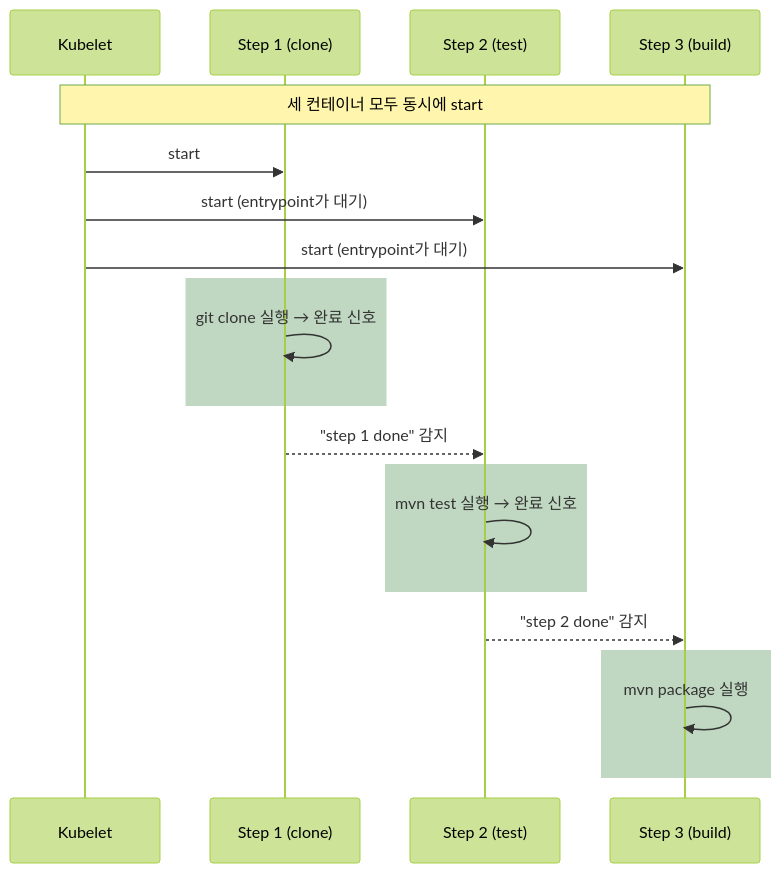
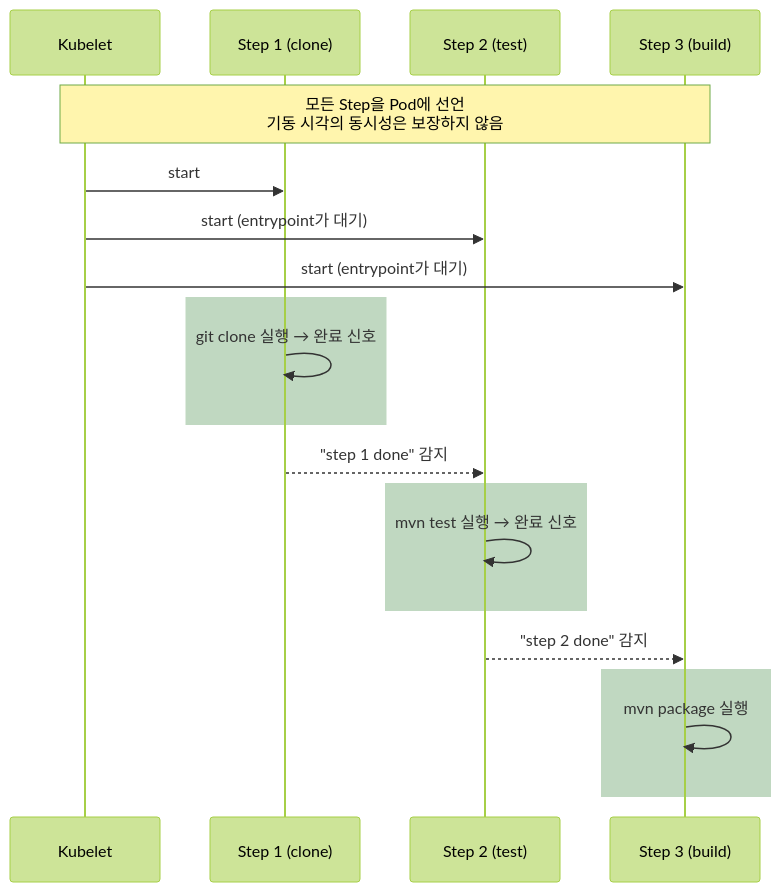
Before and after one commit to sskim91/TIL: the second of 3 diagrams in kubernetes/Tekton의-Pipeline과-PipelineRun은-왜-따로-존재할까.md, drawn with Mermaid (forest theme). The commit also changed other lines of this file and 39 other files, not shown here.

````diff
--- a/kubernetes/Tekton의-Pipeline과-PipelineRun은-왜-따로-존재할까.md
+++ b/kubernetes/Tekton의-Pipeline과-PipelineRun은-왜-따로-존재할까.md
@@ -190,24 +212,24 @@
 ```mermaid
 sequenceDiagram
     participant K as Kubelet
     participant C1 as Step 1 (clone)
     participant C2 as Step 2 (test)
     participant C3 as Step 3 (build)
 
-    Note over K,C3: 세 컨테이너 모두 동시에 start
+    Note over K,C3: 모든 Step을 Pod에 선언<br>기동 시각의 동시성은 보장하지 않음
     K->>C1: start
     K->>C2: start (entrypoint가 대기)
     K->>C3: start (entrypoint가 대기)
 
     rect rgba(46, 125, 50, 0.3)
         C1->>C1: git clone 실행 → 완료 신호
     end
     C1-->>C2: "step 1 done" 감지
     rect rgba(46, 125, 50, 0.3)
         C2->>C2: mvn test 실행 → 완료 신호
     end
     C2-->>C3: "step 2 done" 감지
     rect rgba(46, 125, 50, 0.3)
         C3->>C3: mvn package 실행
     end
 ```
````
